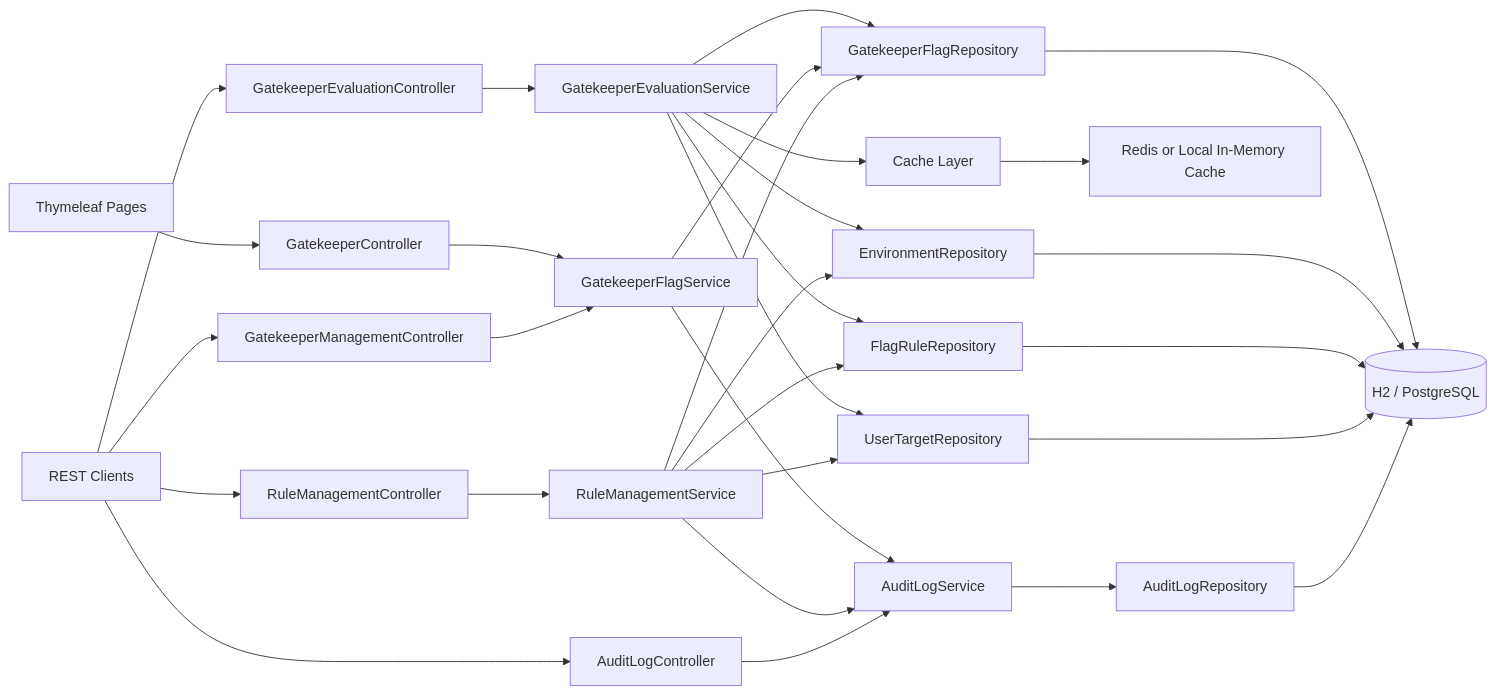
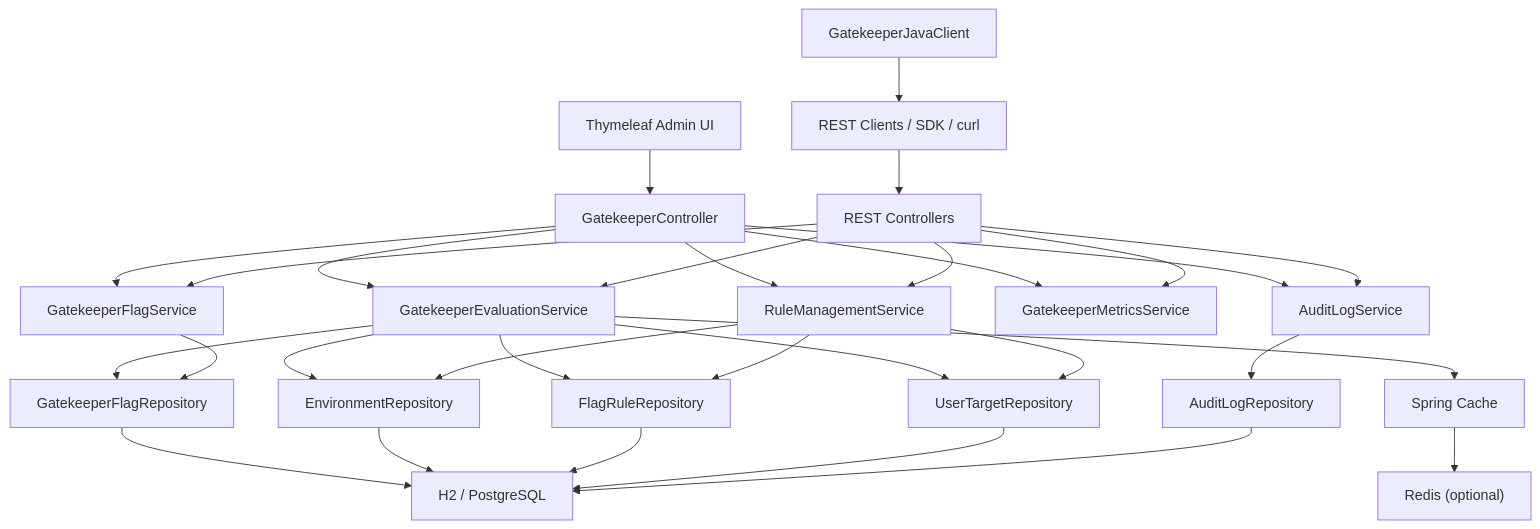
The diagram in README.md (Varun1300211/gatekeeper), drawn with Mermaid before and after one commit. The commit also changed other lines of this file and 46 other files, not shown here.

Commit message:
harden gatekeeper with sdk runtime targets, caching, audit, metrics, security, and flag lifecycle controls

````diff
--- a/README.md
+++ b/README.md
@@ -466,32 +636,39 @@
 ```mermaid
-flowchart LR
-    UI["Thymeleaf Pages"] --> MVC["GatekeeperController"]
-    API["REST Clients"] --> GMC["GatekeeperManagementController"]
-    API --> GEC["GatekeeperEvaluationController"]
-    API --> RMC["RuleManagementController"]
-    API --> ALC["AuditLogController"]
-    MVC --> GFS["GatekeeperFlagService"]
-    GEC --> GES["GatekeeperEvaluationService"]
-    GMC --> GFS
-    RMC --> RMS["RuleManagementService"]
-    GFS --> ALS["AuditLogService"]
-    RMS --> ALS
-    ALC --> ALS
-    GES --> CACHE["Cache Layer"]
-    GES --> GFR["GatekeeperFlagRepository"]
-    GES --> ER["EnvironmentRepository"]
-    GES --> FR["FlagRuleRepository"]
-    GES --> UTR["UserTargetRepository"]
-    ALS --> ALR["AuditLogRepository"]
-    GFS --> GFR
-    RMS --> GFR
-    RMS --> ER
-    RMS --> FR
-    RMS --> UTR
-    CACHE --> REDIS["Redis or Local In-Memory Cache"]
-    GFR --> DB[("H2 / PostgreSQL")]
-    ER --> DB
-    FR --> DB
-    UTR --> DB
-    ALR --> DB
+flowchart TD
+    UI["Thymeleaf Admin UI"] --> MVC["GatekeeperController"]
+    API["REST Clients / SDK / curl"] --> REST["REST Controllers"]
+
+    MVC --> FlagService["GatekeeperFlagService"]
+    MVC --> RuleService["RuleManagementService"]
+    MVC --> EvalService["GatekeeperEvaluationService"]
+    MVC --> MetricsService["GatekeeperMetricsService"]
+    MVC --> AuditService["AuditLogService"]
+
+    REST --> FlagService
+    REST --> RuleService
+    REST --> EvalService
+    REST --> MetricsService
+    REST --> AuditService
+
+    EvalService --> Cache["Spring Cache"]
+    Cache --> Redis["Redis (optional)"]
+
+    EvalService --> FlagRepo["GatekeeperFlagRepository"]
+    EvalService --> EnvRepo["EnvironmentRepository"]
+    EvalService --> RuleRepo["FlagRuleRepository"]
+    EvalService --> TargetRepo["UserTargetRepository"]
+
+    FlagService --> FlagRepo
+    RuleService --> RuleRepo
+    RuleService --> EnvRepo
+    RuleService --> TargetRepo
+    AuditService --> AuditRepo["AuditLogRepository"]
+
+    FlagRepo --> DB["H2 / PostgreSQL"]
+    EnvRepo --> DB
+    RuleRepo --> DB
+    TargetRepo --> DB
+    AuditRepo --> DB
+
+    SDK["GatekeeperJavaClient"] --> API
 ```
````
